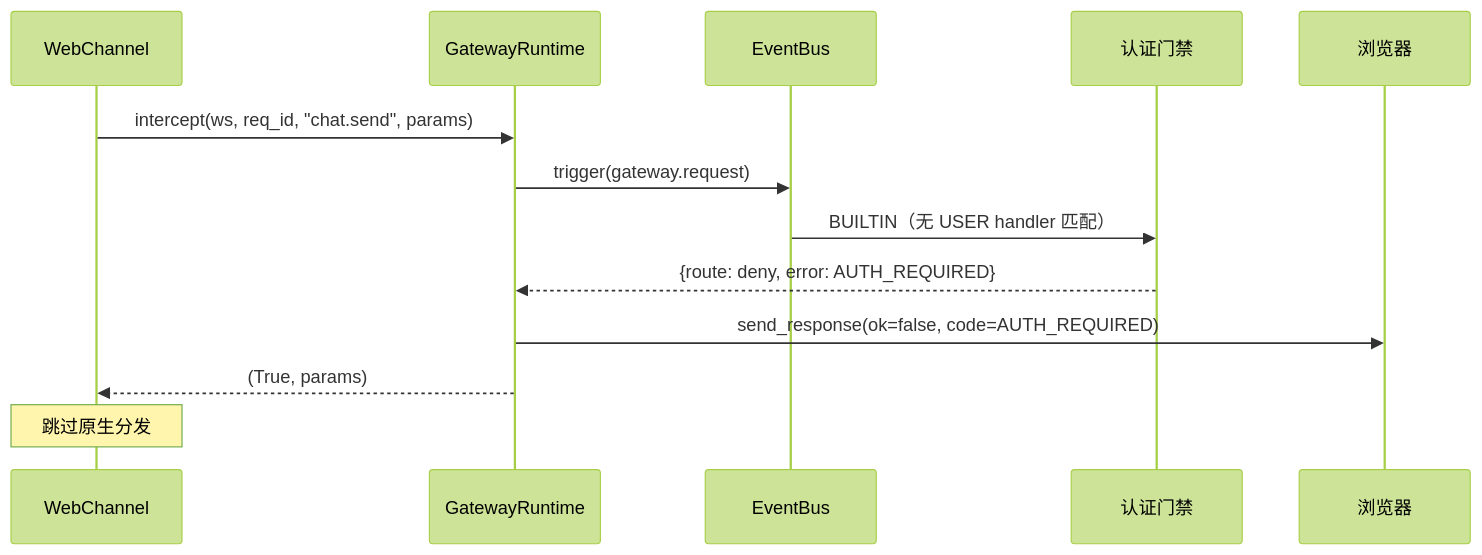
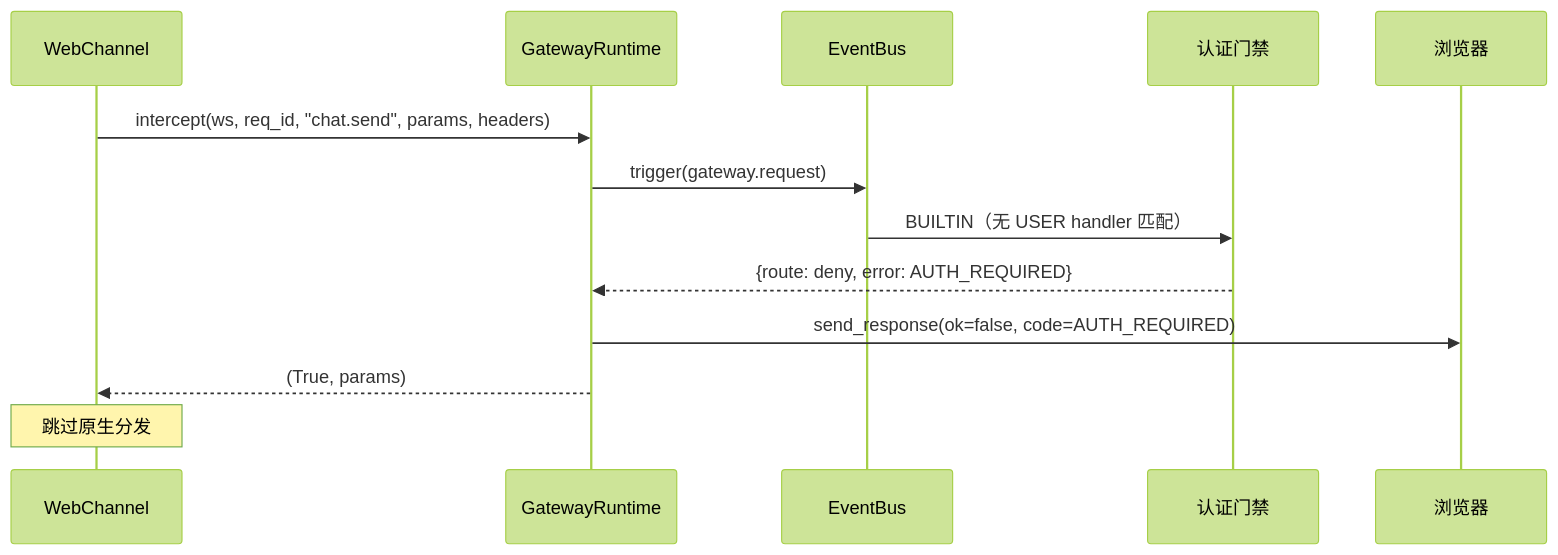
The third of 3 diagrams in jiuwenswarm/gateway/extensions_v2/docs/features/F_02_gateway-request-and-auth-gate.md (openJiuwen-ai/jiuwenswarm), drawn with Mermaid (forest theme) before and after one commit. The commit also changed other lines of this file and 30 other files, not shown here.

````diff
--- a/jiuwenswarm/gateway/extensions_v2/docs/features/F_02_gateway-request-and-auth-gate.md
+++ b/jiuwenswarm/gateway/extensions_v2/docs/features/F_02_gateway-request-and-auth-gate.md
@@ -145,15 +153,15 @@
 ```mermaid
 sequenceDiagram
     participant C as WebChannel
     participant R as GatewayRuntime
     participant B as EventBus
     participant G as 认证门禁
     participant W as 浏览器
-    C->>R: intercept(ws, req_id, "chat.send", params)
+    C->>R: intercept(ws, req_id, "chat.send", params, headers)
     R->>B: trigger(gateway.request)
     B->>G: BUILTIN（无 USER handler 匹配）
     G-->>R: {route: deny, error: AUTH_REQUIRED}
     R->>W: send_response(ok=false, code=AUTH_REQUIRED)
     R-->>C: (True, params)
     Note over C: 跳过原生分发
 ```
````
